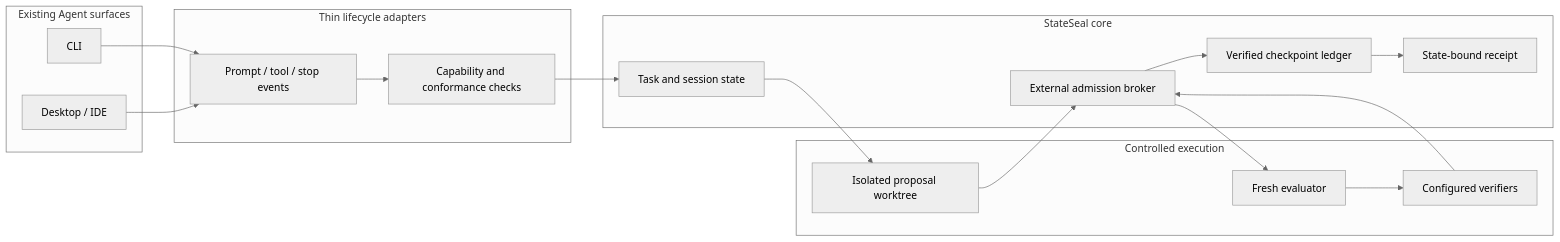
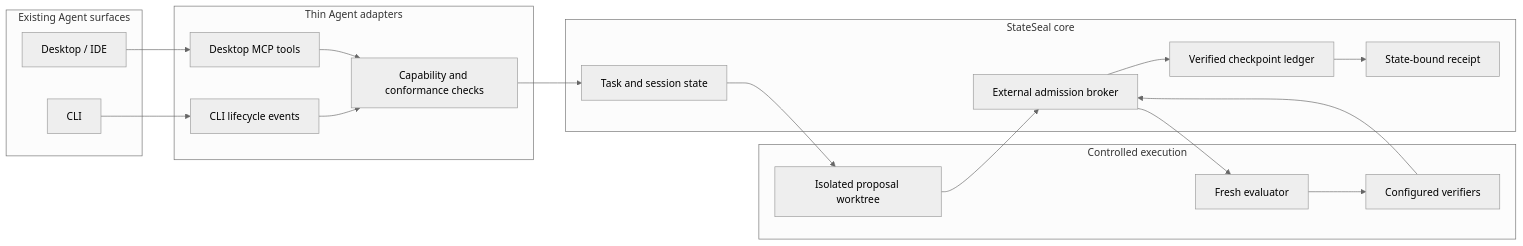
One commit to hellogxp/stateseal changed the second of 2 diagrams in docs/product-map.md. Above: the diagram before and after it, drawn with Mermaid (neutral theme). The commit also changed other lines of this file and 7 other files, not shown here.

Commit message:
docs: document native Desktop approval flow

````diff
--- a/docs/product-map.md
+++ b/docs/product-map.md
@@ -32,33 +33,35 @@
 ```mermaid
 flowchart LR
     subgraph Existing_Agent["Existing Agent surfaces"]
         CLI["CLI"]
         DESKTOP["Desktop / IDE"]
     end
 
-    subgraph Thin_Adapters["Thin lifecycle adapters"]
-        EVENTS["Prompt / tool / stop events"]
+    subgraph Thin_Adapters["Thin Agent adapters"]
+        EVENTS["CLI lifecycle events"]
+        MCP["Desktop MCP tools"]
         CAP["Capability and conformance checks"]
     end
 
     subgraph StateSeal_Core["StateSeal core"]
         SESSION["Task and session state"]
         BROKER["External admission broker"]
         CHECKPOINT["Verified checkpoint ledger"]
         RECEIPT["State-bound receipt"]
     end
 
     subgraph Execution["Controlled execution"]
         PROPOSAL["Isolated proposal worktree"]
         EVALUATOR["Fresh evaluator"]
         VERIFIER["Configured verifiers"]
     end
 
     CLI --> EVENTS
-    DESKTOP --> EVENTS
+    DESKTOP --> MCP
+    MCP --> CAP
     EVENTS --> CAP --> SESSION
     SESSION --> PROPOSAL --> BROKER
     BROKER --> EVALUATOR --> VERIFIER
     VERIFIER --> BROKER
     BROKER --> CHECKPOINT --> RECEIPT
 ```
````
